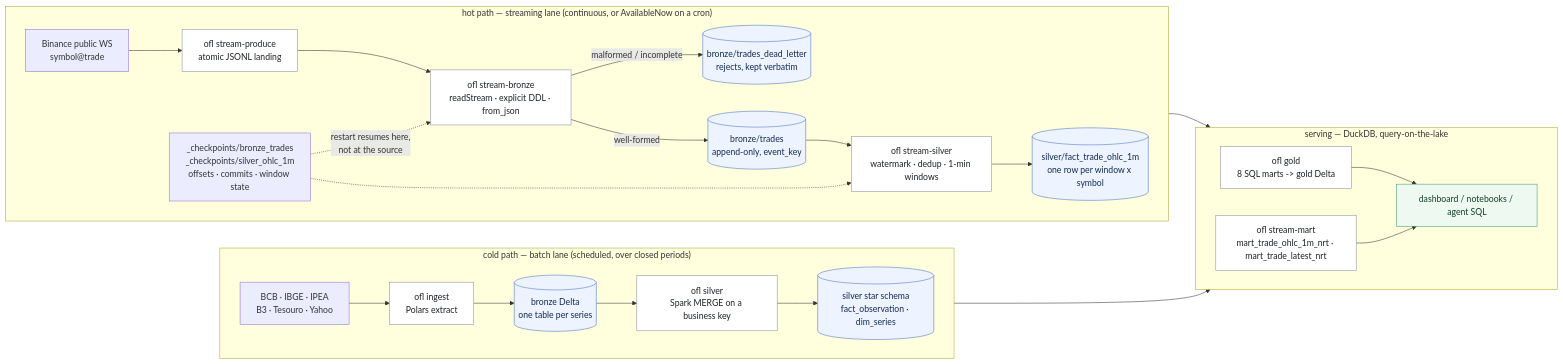
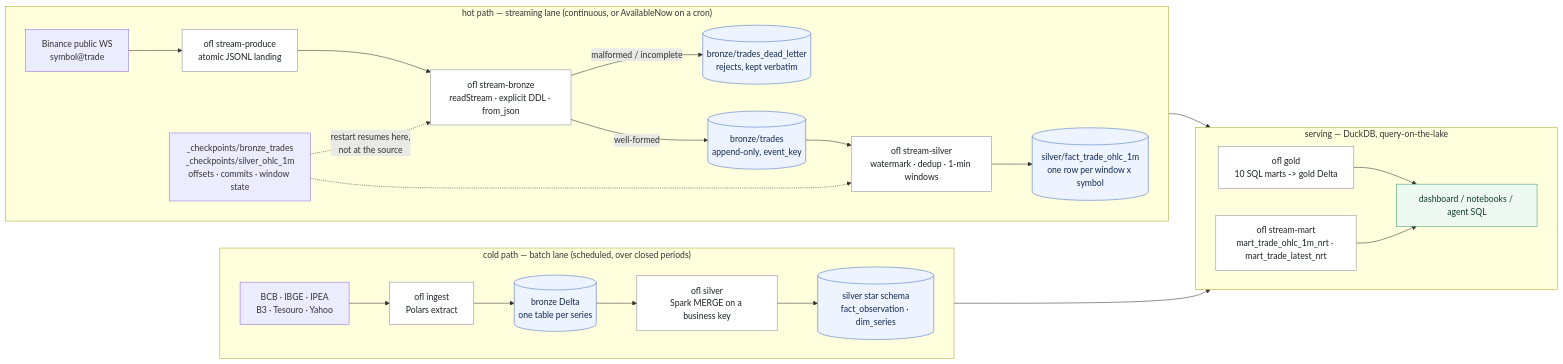
Before and after one commit to rmonteiro-pereira/Open-Finance-LakeHouse: the diagram in docs/STREAMING.md, drawn with Mermaid. The commit also changed 10 other files, not shown here.

First line of the commit message:
feat(gold): DI curve-grid marts + post-build SQL checks in the native runner (#36)

````diff
--- a/docs/STREAMING.md
+++ b/docs/STREAMING.md
@@ -685,49 +685,49 @@
 ```mermaid
 flowchart LR
     classDef store fill:#eef4ff,stroke:#4a72c4,color:#12294f
     classDef job fill:#ffffff,stroke:#8a8f98,color:#1c2024
     classDef serve fill:#eefaf1,stroke:#3aa06a,color:#0e3d24
 
     subgraph COLD["cold path — batch lane (scheduled, over closed periods)"]
         direction LR
         BSRC["BCB · IBGE · IPEA<br/>B3 · Tesouro · Yahoo"]
         BEXT["ofl ingest<br/>Polars extract"]
         BBRZ[("bronze Delta<br/>one table per series")]
         BSIL["ofl silver<br/>Spark MERGE on a business key"]
         BSTAR[("silver star schema<br/>fact_observation · dim_series")]
         BSRC --> BEXT --> BBRZ --> BSIL --> BSTAR
     end
 
     subgraph HOT["hot path — streaming lane (continuous, or AvailableNow on a cron)"]
         direction LR
         SSRC["Binance public WS<br/>symbol@trade"]
         SLAND["ofl stream-produce<br/>atomic JSONL landing"]
         SBRZ["ofl stream-bronze<br/>readStream · explicit DDL · from_json"]
         SDLQ[("bronze/trades_dead_letter<br/>rejects, kept verbatim")]
         SBTAB[("bronze/trades<br/>append-only, event_key")]
         SSIL["ofl stream-silver<br/>watermark · dedup · 1-min windows"]
         SSTAR[("silver/fact_trade_ohlc_1m<br/>one row per window x symbol")]
         CKPT["_checkpoints/bronze_trades<br/>_checkpoints/silver_ohlc_1m<br/>offsets · commits · window state"]
         SSRC --> SLAND --> SBRZ
         SBRZ -->|"malformed / incomplete"| SDLQ
         SBRZ -->|"well-formed"| SBTAB --> SSIL --> SSTAR
         CKPT -.->|"restart resumes here,<br/>not at the source"| SBRZ
         CKPT -.-> SSIL
     end
 
     subgraph SERVE["serving — DuckDB, query-on-the-lake"]
         direction LR
-        GBATCH["ofl gold<br/>8 SQL marts -> gold Delta"]
+        GBATCH["ofl gold<br/>10 SQL marts -> gold Delta"]
         GNRT["ofl stream-mart<br/>mart_trade_ohlc_1m_nrt · mart_trade_latest_nrt"]
         BI["dashboard / notebooks / agent SQL"]
         GBATCH --> BI
         GNRT --> BI
     end
 
     BSTAR --> GBATCH
     SSTAR --> GNRT
 
     class BBRZ,BSTAR,SBTAB,SDLQ,SSTAR store
     class BEXT,BSIL,SLAND,SBRZ,SSIL,GBATCH,GNRT job
     class BI serve
 ```
````
